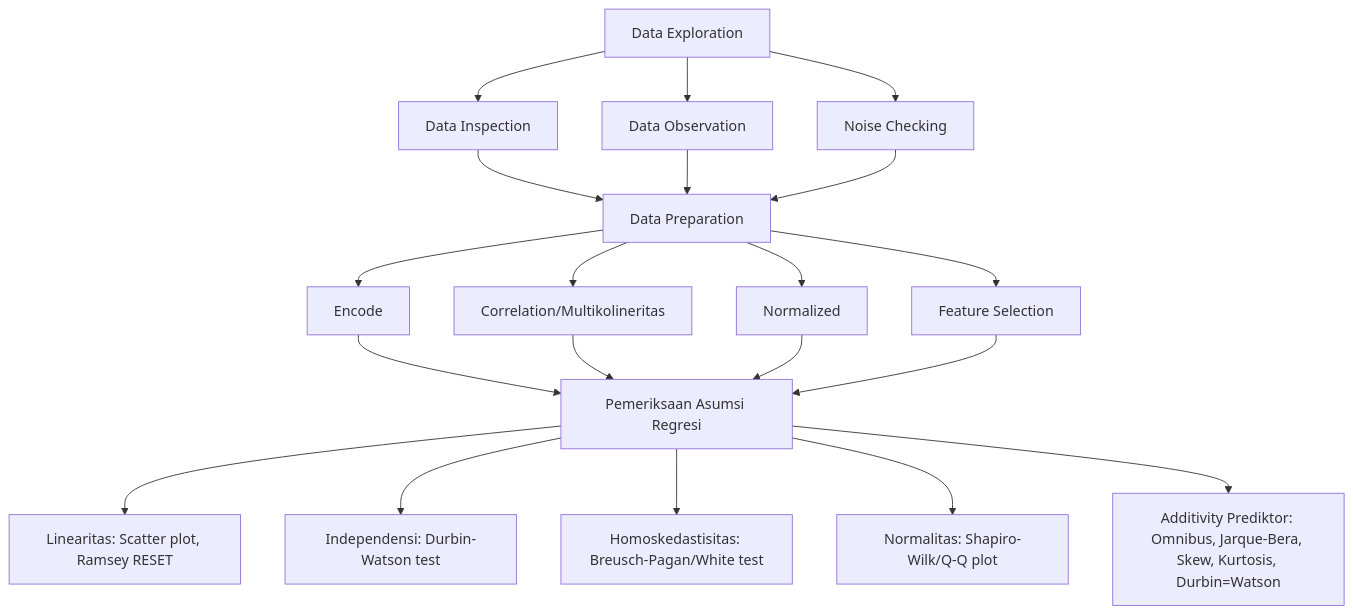
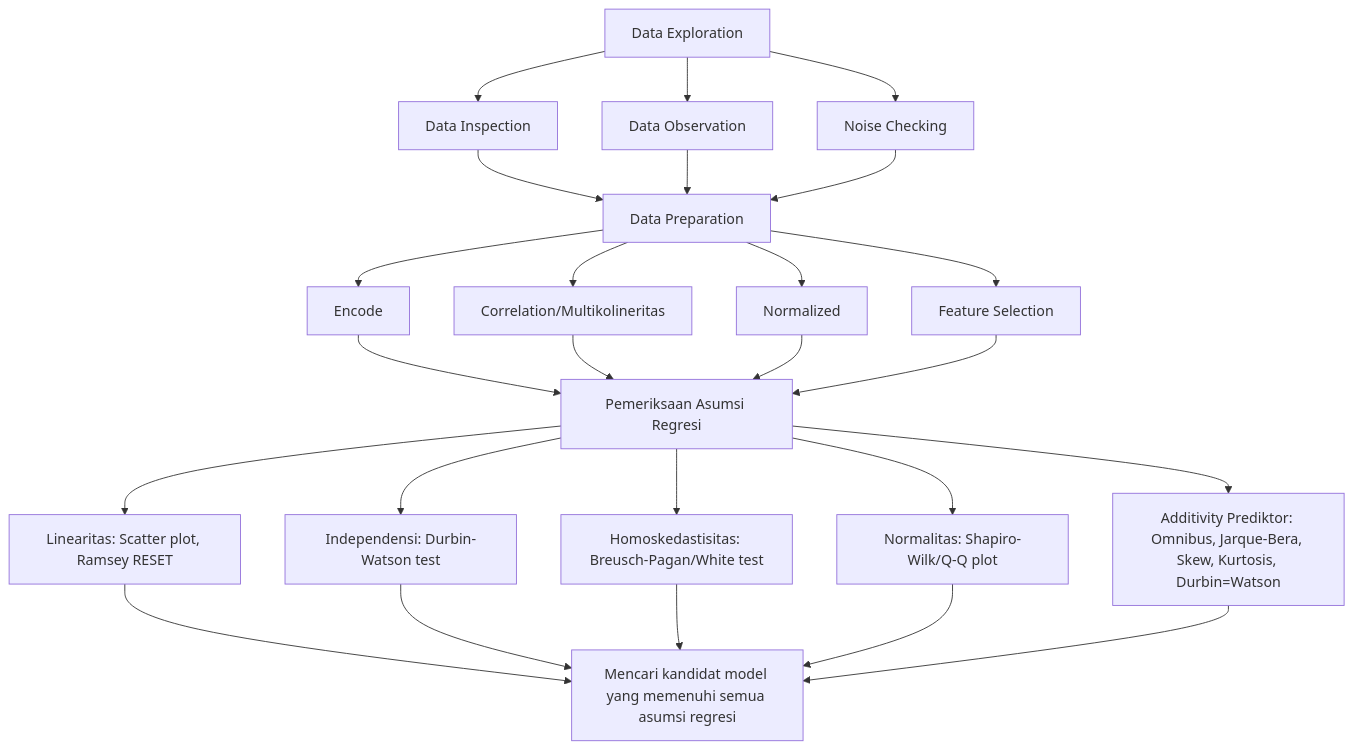
Before and after one commit to AkbarArsanata/Analisis-Freelancer: the first of 3 diagrams in README.md, drawn with Mermaid.

````diff
--- a/README.md
+++ b/README.md
@@ -82,26 +82,33 @@
 ```mermaid
 graph TD
     A[Data Exploration] --> A1[Data Inspection]
     A --> A2[Data Observation]
     A --> A3[Noise Checking]
     A1 --> B[Data Preparation]
     A2 --> B
     A3 --> B
 
     B --> C1[Encode]
     B --> C2[Correlation/Multikolineritas]
     B --> C3[Normalized]
     B --> C4[Feature Selection]
     
     C1 --> D[Pemeriksaan Asumsi Regresi]
     C2 --> D
     C3 --> D
     C4 --> D
     
     D --> E1[Linearitas: Scatter plot, Ramsey RESET]
     D --> E2[Independensi: Durbin-Watson test]
     D --> E3[Homoskedastisitas: Breusch-Pagan/White test]
     D --> E4[Normalitas: Shapiro-Wilk/Q-Q plot]
     D --> E5[Additivity Prediktor: Omnibus, Jarque-Bera, Skew, Kurtosis, Durbin=Watson]
 
+    E1 --> F[Mencari kandidat model yang memenuhi semua asumsi regresi]
+    E2 --> F
+E3 --> F
+E4 --> F
+E5 --> F
+
+
 ```
````
